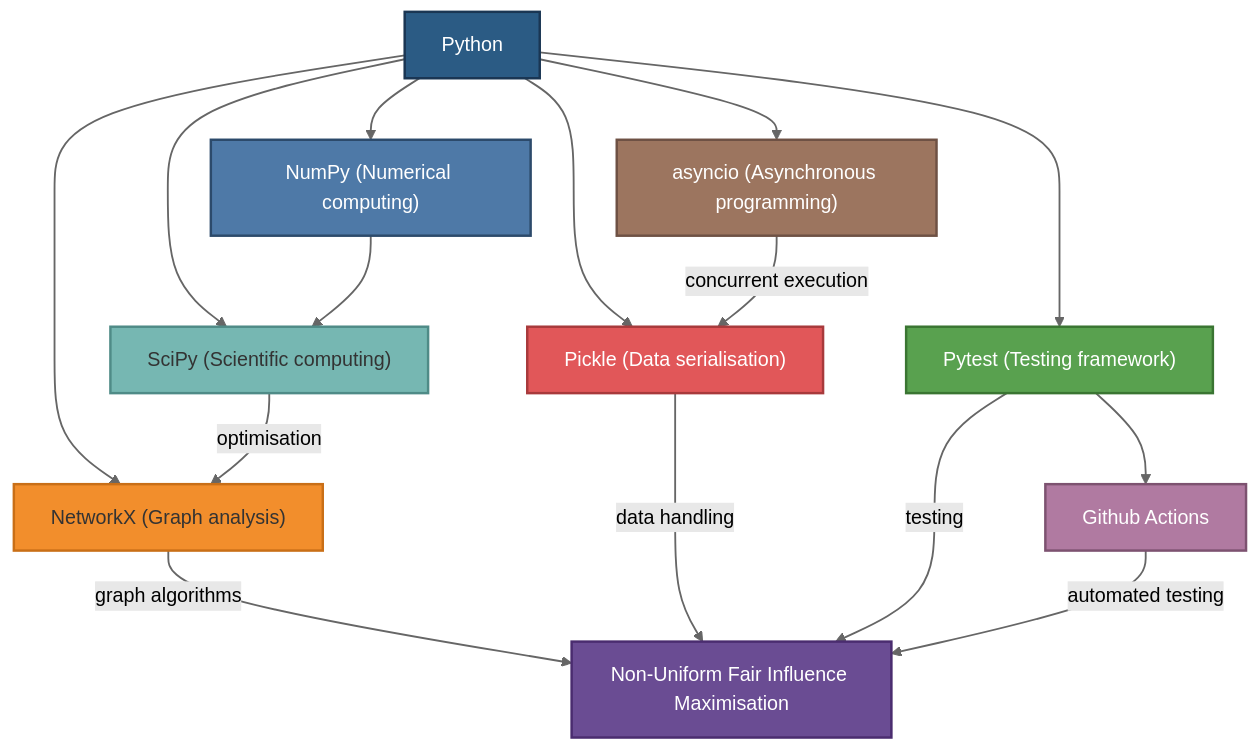
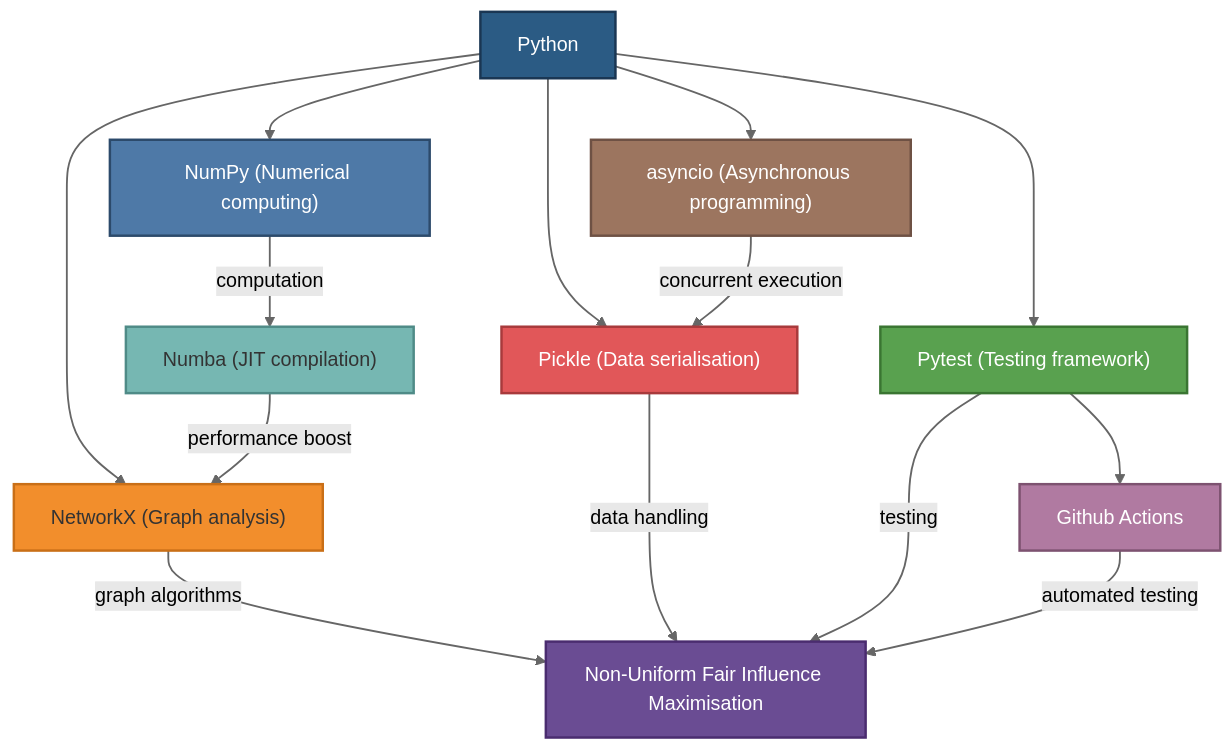
Before and after one commit to jacobhogarty/fairim-nu-cost: the diagram in README.md, drawn with Mermaid (forest theme). The commit also changed 56 other files, not shown here.

````diff
--- a/README.md
+++ b/README.md
@@ -71,33 +71,28 @@
 ```mermaid
 graph TD
-    Python --> NumPy["NumPy (Numerical computing)"]
-    Python --> Pickle["Pickle (Data serialisation)"]
-    Python --> SciPy["SciPy (Scientific computing)"]
-    Python --> Pytest["Pytest (Testing framework)"]
-    Python --> NetworkX["NetworkX (Graph analysis)"]
-    Python --> Asyncio["asyncio (Asynchronous programming)"]
-%% Core scientific computing dependencies
-    NumPy --> SciPy
-%% Influence maximisation specific relationships
-    SciPy -->|optimisation| NetworkX
-    NetworkX -->|graph algorithms| Fair_Influence_Maximisation["Non-Uniform Fair Influence Maximisation"]
-    Pickle -->|data handling| Fair_Influence_Maximisation
-    Asyncio -->|concurrent execution| Pickle
-%% Testing and CI/CD
-    Pytest -->|testing| Fair_Influence_Maximisation
-    Pytest --> GitHub_Actions["Github Actions"]
-    GitHub_Actions -->|automated testing| Fair_Influence_Maximisation
+  Python --> NumPy["NumPy (Numerical computing)"]
+  Python --> Pickle["Pickle (Data serialisation)"]
+  Python --> Pytest["Pytest (Testing framework)"]
+  Python --> NetworkX["NetworkX (Graph analysis)"]
+  Python --> Asyncio["asyncio (Asynchronous programming)"]
+  NumPy -->|computation| Numba["Numba (JIT compilation)"]
+  Numba -->|performance boost| NetworkX
+  NetworkX -->|graph algorithms| Fair_Influence_Maximisation["Non-Uniform Fair Influence Maximisation"]
+  Pickle -->|data handling| Fair_Influence_Maximisation
+  Asyncio -->|concurrent execution| Pickle
+  Pytest -->|testing| Fair_Influence_Maximisation
+  Pytest --> GitHub_Actions["Github Actions"]
+  GitHub_Actions -->|automated testing| Fair_Influence_Maximisation
+  style Python fill: #2b5b84, color: white, stroke: #1a3653
+  style NumPy fill: #4e79a7, color: white, stroke: #2c4a6b
+  style Pickle fill: #e15759, color: white, stroke: #a83a3c
+  style Numba fill: #76b7b2, color: #333, stroke: #4f8b87
+  style Pytest fill: #59a14f, color: white, stroke: #3a7532
+  style NetworkX fill: #f28e2c, color: #333, stroke: #c96f17
+  style GitHub_Actions fill: #b07aa1, color: white, stroke: #7d5270
+  style Asyncio fill: #9c755f, color: white, stroke: #6e5144
+  style Fair_Influence_Maximisation fill: #6a4c93, color: white, stroke: #4a2c6f
+  classDef default stroke-width: 2px, font-family: Helvetica
+  linkStyle default stroke: #666, stroke-width: 1.5px
 
-    style Python fill: #2b5b84, color: white, stroke: #1a3653
-    style NumPy fill: #4e79a7, color: white, stroke: #2c4a6b
-    style Pickle fill: #e15759, color: white, stroke: #a83a3c
-    style SciPy fill: #76b7b2, color: #333, stroke: #4f8b87
-    style Pytest fill: #59a14f, color: white, stroke: #3a7532
-    style NetworkX fill: #f28e2c, color: #333, stroke: #c96f17
-    style GitHub_Actions fill: #b07aa1, color: white, stroke: #7d5270
-    style Asyncio fill: #9c755f, color: white, stroke: #6e5144
-    style Fair_Influence_Maximisation fill: #6a4c93, color: white, stroke: #4a2c6f
-
-    classDef default stroke-width: 2px, font-family: Helvetica
-    linkStyle default stroke: #666, stroke-width: 1.5px
 ```
````
